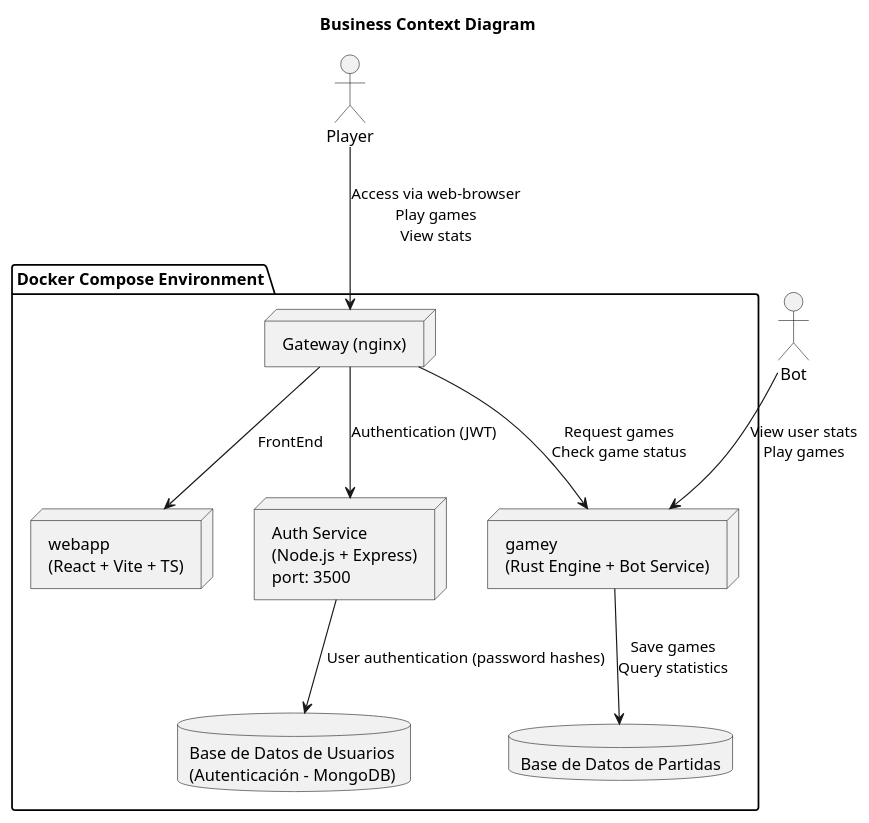
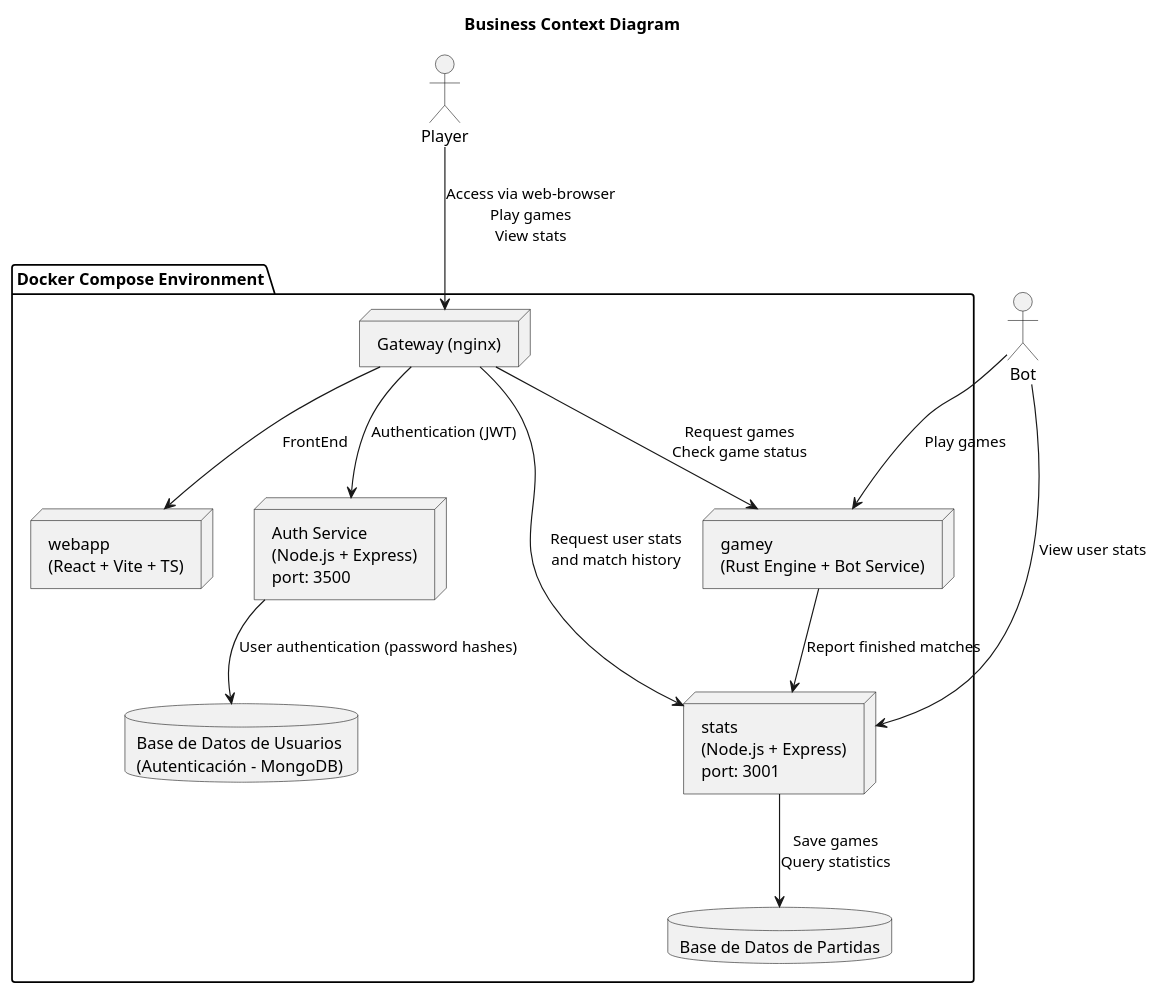
Before and after one commit to Arquisoft/yovi_es4b: the first of 2 diagrams in docs/src/03_context_and_scope.adoc, drawn with PlantUML. The commit also changed other lines of this file, not shown here.

Commit message:
Stats doc changes

```diff
--- a/docs/src/03_context_and_scope.adoc
+++ b/docs/src/03_context_and_scope.adoc
@@ -16,29 +16,33 @@
 [plantuml, target=business-context-diagram, format=png]
 ----
 @startuml
 title Business Context Diagram
 
 actor Player
 actor Bot
 
 package "Docker Compose Environment" {
     node "Gateway (nginx)" as Gateway
     node "webapp\n(React + Vite + TS)" as WebApp
     node "Auth Service\n(Node.js + Express)\nport: 3500" as Auth
+    node "stats\n(Node.js + Express)\nport: 3001" as Stats
     node "gamey\n(Rust Engine + Bot Service)" as Gamey
     database "Base de Datos de Usuarios \n(Autenticación - MongoDB)" as UserDB
     database "Base de Datos de Partidas" as GameDB
 }
 
 ' Relaciones de actores
 Player --> Gateway : Access via web-browser\nPlay games\nView stats
 Gateway --> WebApp : FrontEnd
-Bot --> Gamey : View user stats\nPlay games
+Bot --> Gamey : Play games
+Bot --> Stats : View user stats
 
  ' Internal services interactions
 Gateway --> Auth : Authentication (JWT)\n
 Gateway --> Gamey : Request games\nCheck game status
+Gateway --> Stats : Request user stats\nand match history
 Auth --> UserDB : User authentication (password hashes)
-Gamey --> GameDB : Save games\nQuery statistics
+Gamey --> Stats : Report finished matches
+Stats --> GameDB : Save games\nQuery statistics
 @enduml
 ----
```
